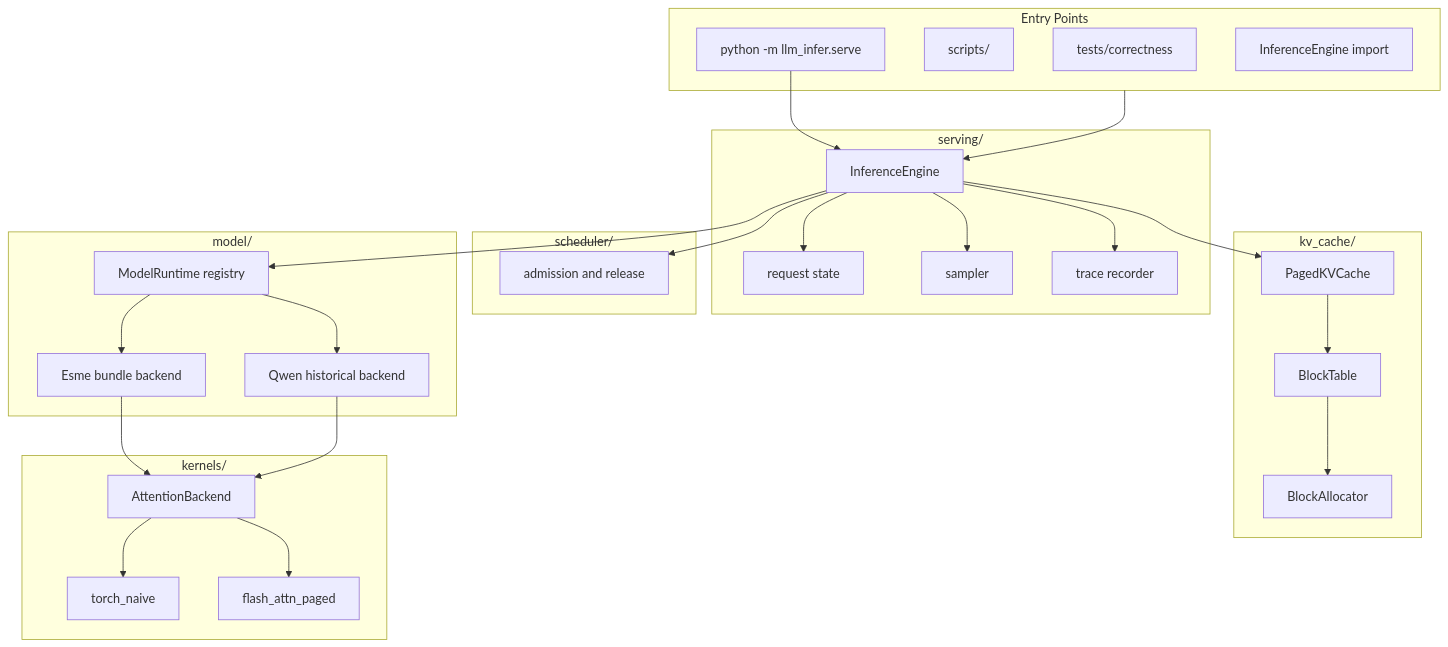
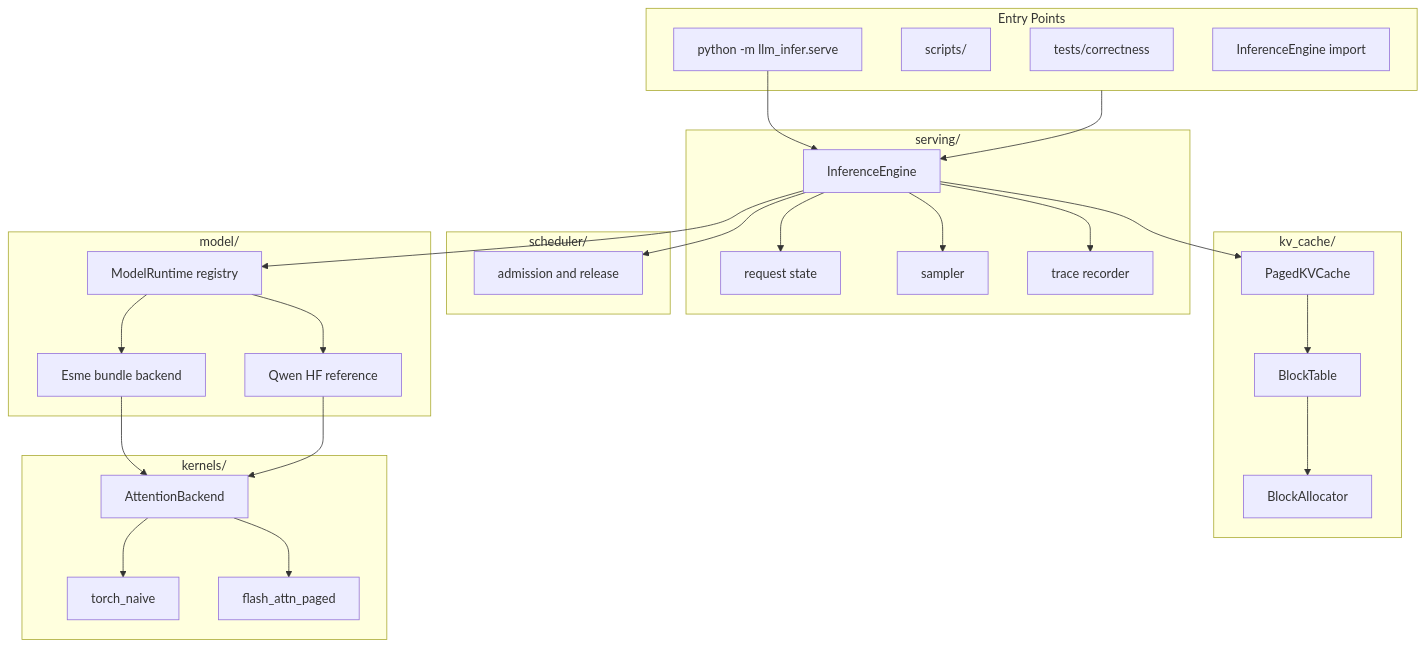
The diagram in docs/architecture.md (adamthuvesen/llm-infer), drawn with Mermaid before and after one commit. The commit also changed other lines of this file and 2 other files, not shown here.

Commit message:
docs: quiet the Qwen backend to a single-line regression-anchor mention

````diff
--- a/docs/architecture.md
+++ b/docs/architecture.md
@@ -13,55 +10,55 @@
 ```mermaid
 flowchart TB
     subgraph entry [Entry Points]
         Tests["tests/correctness"]
         Scripts["scripts/"]
         Server["python -m llm_infer.serve"]
         Library["InferenceEngine import"]
     end
 
     subgraph serving [serving/]
         Engine["InferenceEngine"]
         Request["request state"]
         Sampler["sampler"]
         Trace["trace recorder"]
     end
 
     subgraph scheduler [scheduler/]
         Sched["admission and release"]
     end
 
     subgraph cache [kv_cache/]
         KV["PagedKVCache"]
         Table["BlockTable"]
         Alloc["BlockAllocator"]
     end
 
     subgraph model [model/]
         Runtime["ModelRuntime registry"]
         Esme["Esme bundle backend"]
-        Qwen["Qwen historical backend"]
+        Qwen["Qwen HF reference"]
     end
 
     subgraph kernels [kernels/]
         API["AttentionBackend"]
         Naive["torch_naive"]
         Flash["flash_attn_paged"]
     end
 
     entry --> Engine
     Server --> Engine
     Engine --> Sched
     Engine --> Request
     Engine --> Sampler
     Engine --> Trace
     Engine --> Runtime
     Engine --> KV
     Runtime --> Esme
     Runtime --> Qwen
     Esme --> API
     Qwen --> API
     API --> Naive
     API --> Flash
     KV --> Table
     Table --> Alloc
 ```
````
